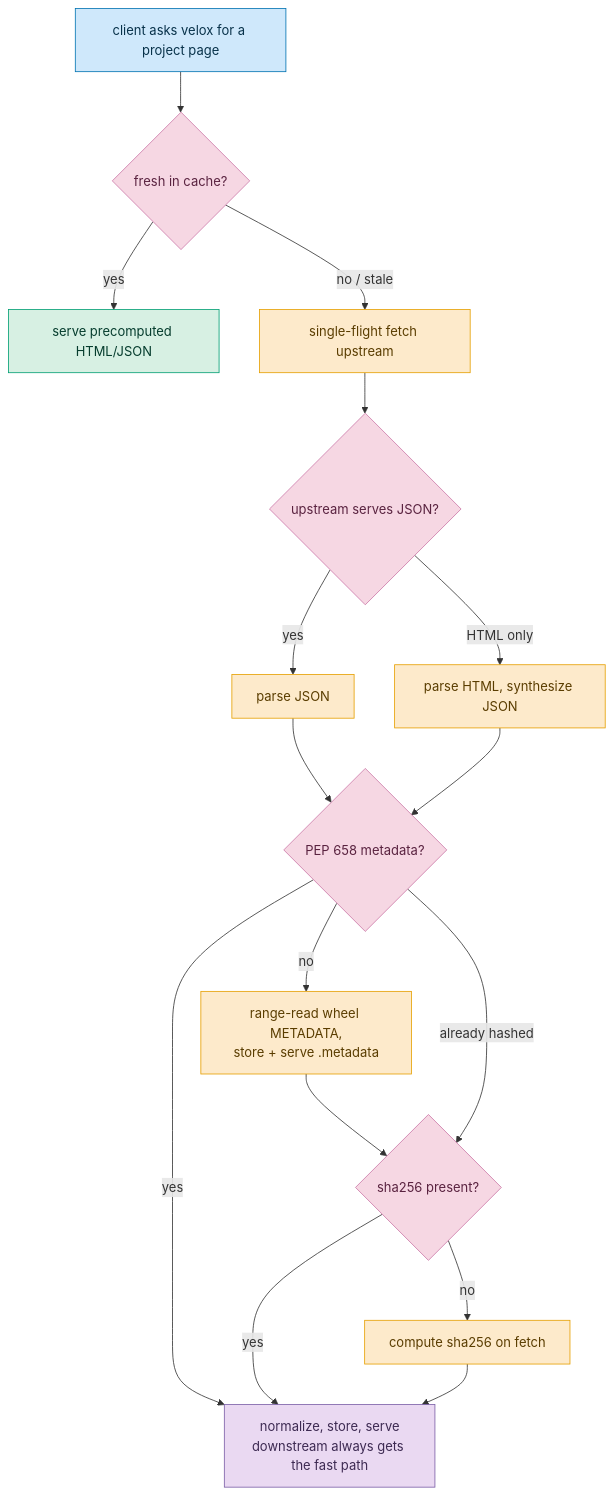
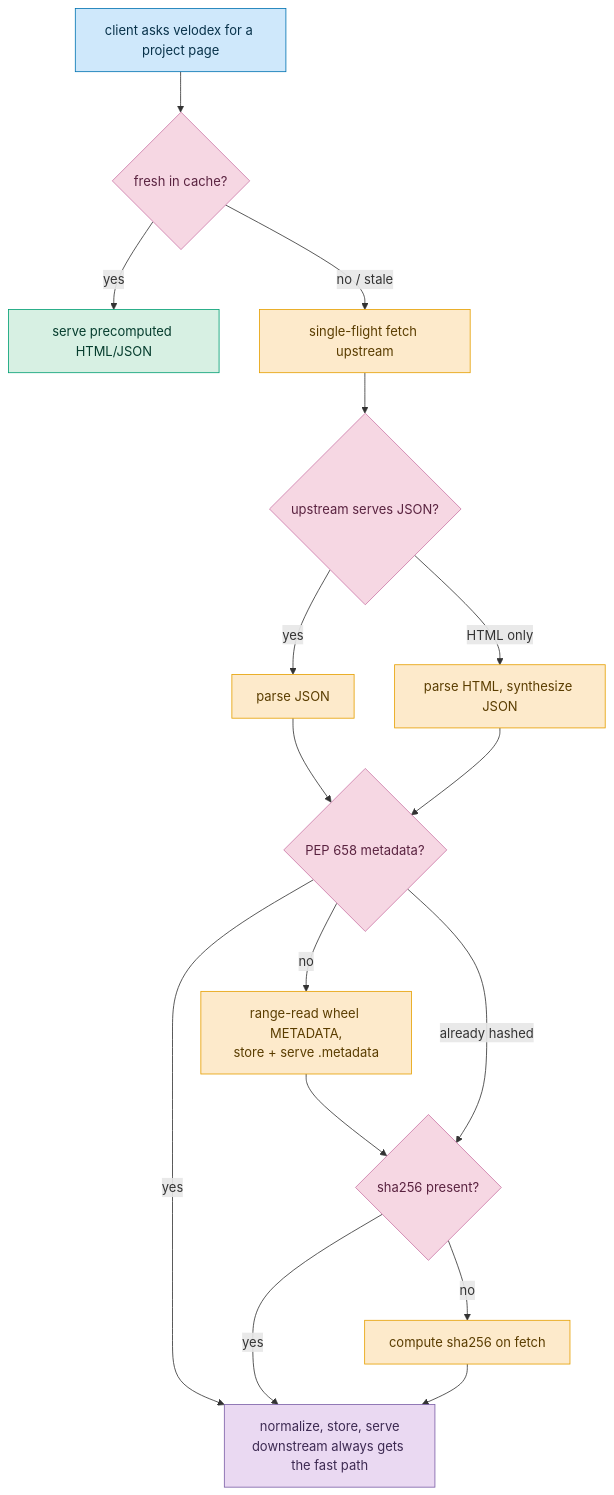
One commit to tox-dev/velodex changed the fourth of 5 diagrams in proposal.md. Above: the diagram before and after it, drawn with Mermaid. The commit also changed other lines of this file and 169 other files, not shown here.

````diff
--- a/proposal.md
+++ b/proposal.md
@@ -447,32 +449,32 @@
 ```mermaid
 flowchart TD
-    Req["client asks velox for a project page"]:::client
+    Req["client asks velodex for a project page"]:::client
     Cache{"fresh in cache?"}:::dec
     Serve["serve precomputed HTML/JSON"]:::http
     Fetch["single-flight fetch upstream"]:::logic
     Probe{"upstream serves JSON?"}:::dec
     J["parse JSON"]:::logic
     Ht["parse HTML, synthesize JSON"]:::logic
     Meta{"PEP 658 metadata?"}:::dec
     RR["range-read wheel METADATA,<br/>store + serve .metadata"]:::logic
     Hash{"sha256 present?"}:::dec
     CH["compute sha256 on fetch"]:::logic
     Out["normalize, store, serve<br/>downstream always gets the fast path"]:::store
 
     Req --> Cache
     Cache -->|yes| Serve
     Cache -->|no / stale| Fetch --> Probe
     Probe -->|yes| J --> Meta
     Probe -->|HTML only| Ht --> Meta
     Meta -->|yes| Out
     Meta -->|no| RR --> Hash
     Meta -->|already hashed| Hash
     Hash -->|yes| Out
     Hash -->|no| CH --> Out
 
     classDef client fill:#cfe8fb,stroke:#0072b2,color:#08324a;
     classDef http fill:#d7f0e3,stroke:#009e73,color:#063d2e;
     classDef logic fill:#fdeacb,stroke:#e69f00,color:#5a3d00;
     classDef store fill:#ead9f2,stroke:#7b5ea7,color:#3d2a52;
     classDef dec fill:#f6d7e3,stroke:#cc79a7,color:#5a2340;
 ```
````
